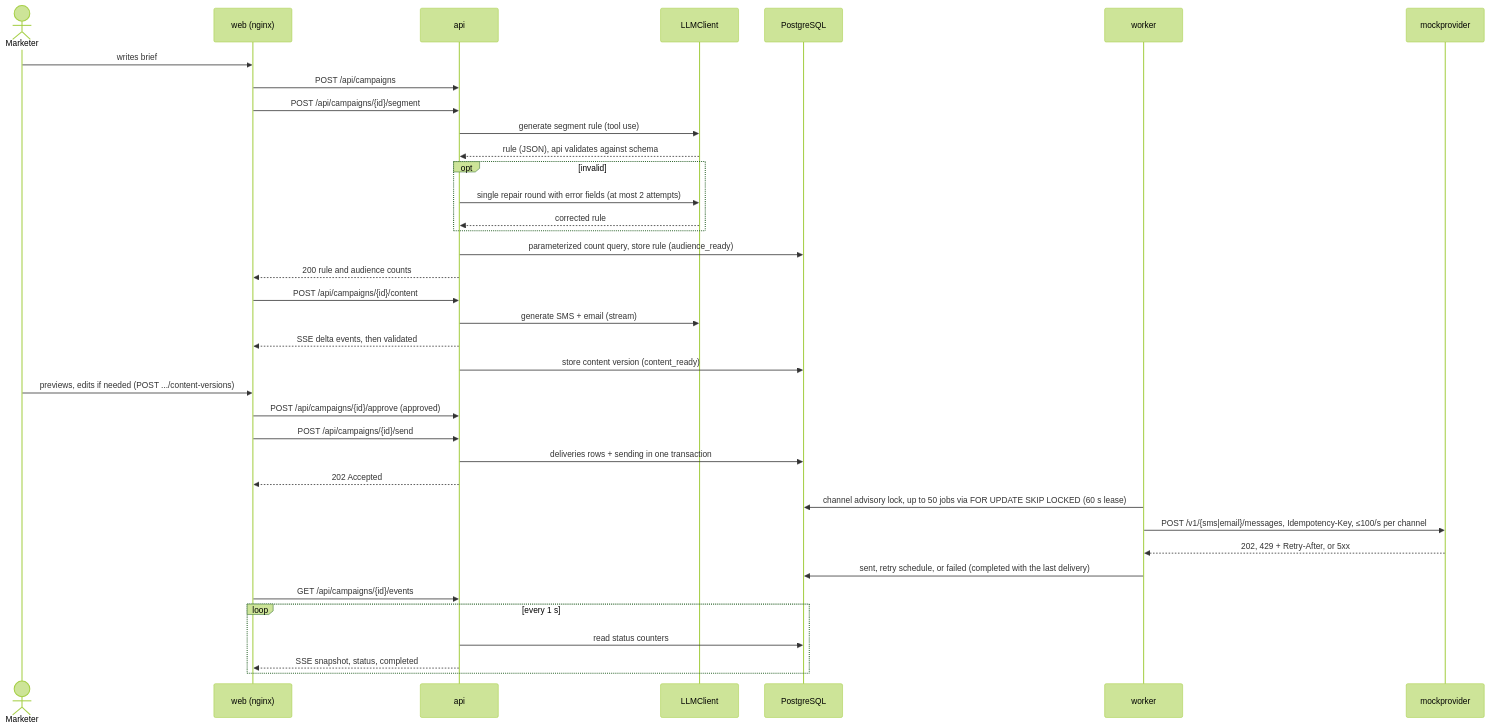
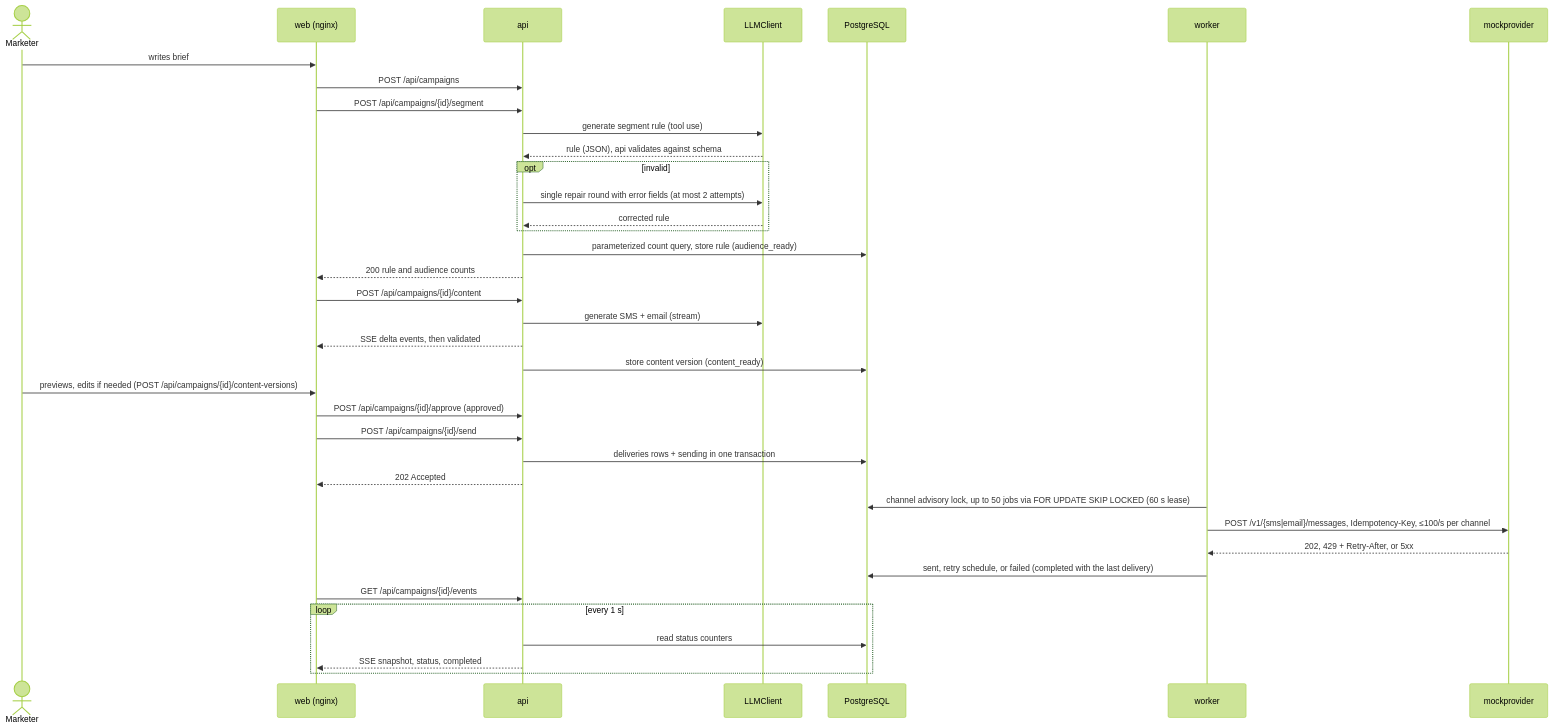
One commit to gulcint/smart-campaign-composer changed the first of 3 diagrams in README.md. Above: the diagram before and after it, drawn with Mermaid (forest theme). The commit also changed other lines of this file, not shown here.

Commit message:
docs(docs): draw README state diagram with full endpoints (#120)

````diff
--- a/README.md
+++ b/README.md
@@ -66,40 +66,40 @@
 ```mermaid
 sequenceDiagram
   actor M as Marketer
   participant W as web (nginx)
   participant A as api
   participant L as LLMClient
   participant D as PostgreSQL
   participant K as worker
   participant P as mockprovider
 
   M->>W: writes brief
   W->>A: POST /api/campaigns
   W->>A: POST /api/campaigns/{id}/segment
   A->>L: generate segment rule (tool use)
   L-->>A: rule (JSON), api validates against schema
   opt invalid
     A->>L: single repair round with error fields (at most 2 attempts)
     L-->>A: corrected rule
   end
   A->>D: parameterized count query, store rule (audience_ready)
   A-->>W: 200 rule and audience counts
   W->>A: POST /api/campaigns/{id}/content
   A->>L: generate SMS + email (stream)
   A-->>W: SSE delta events, then validated
   A->>D: store content version (content_ready)
-  M->>W: previews, edits if needed (POST .../content-versions)
+  M->>W: previews, edits if needed (POST /api/campaigns/{id}/content-versions)
   W->>A: POST /api/campaigns/{id}/approve (approved)
   W->>A: POST /api/campaigns/{id}/send
   A->>D: deliveries rows + sending in one transaction
   A-->>W: 202 Accepted
   K->>D: channel advisory lock, up to 50 jobs via FOR UPDATE SKIP LOCKED (60 s lease)
   K->>P: POST /v1/{sms|email}/messages, Idempotency-Key, ≤100/s per channel
   P-->>K: 202, 429 + Retry-After, or 5xx
   K->>D: sent, retry schedule, or failed (completed with the last delivery)
   W->>A: GET /api/campaigns/{id}/events
   loop every 1 s
     A->>D: read status counters
     A-->>W: SSE snapshot, status, completed
   end
 ```
````
